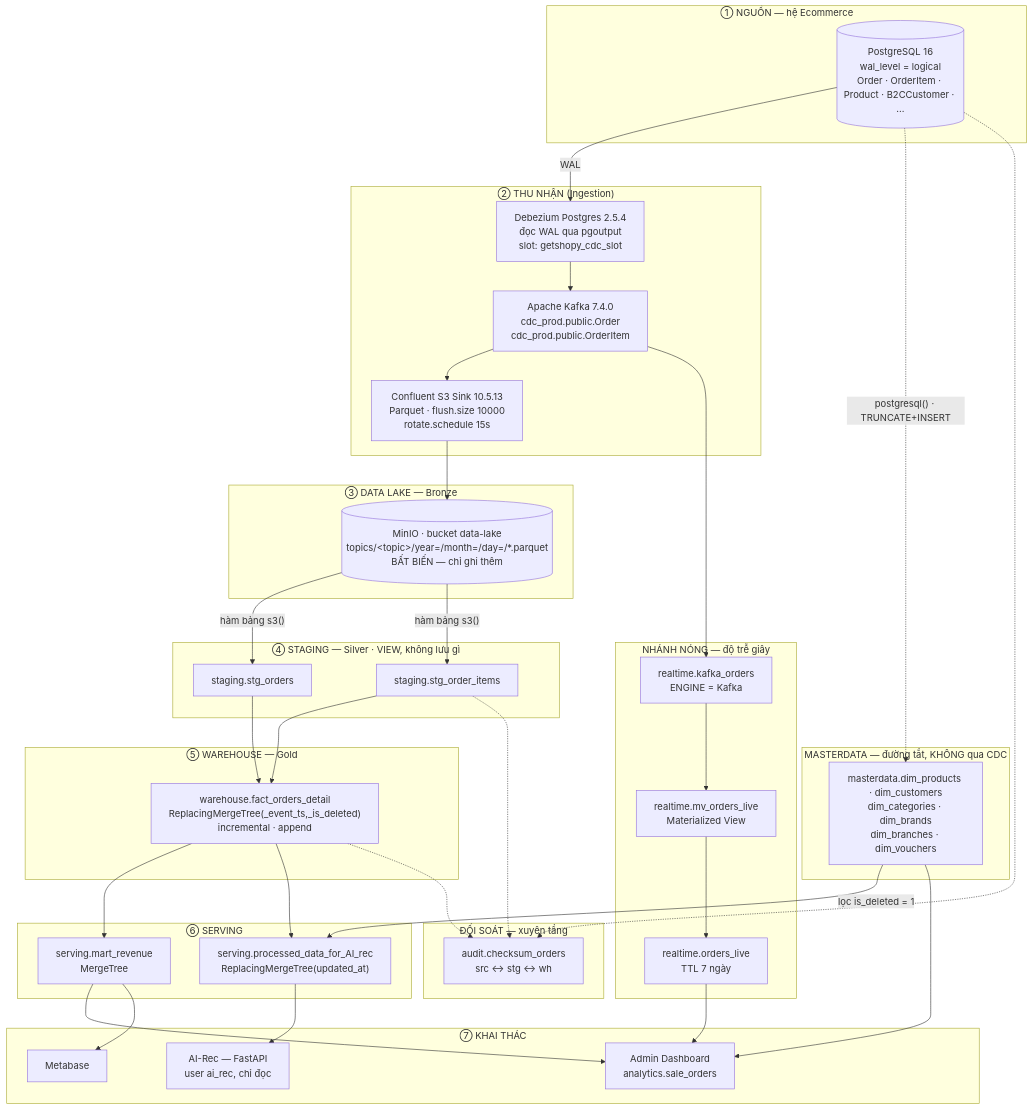
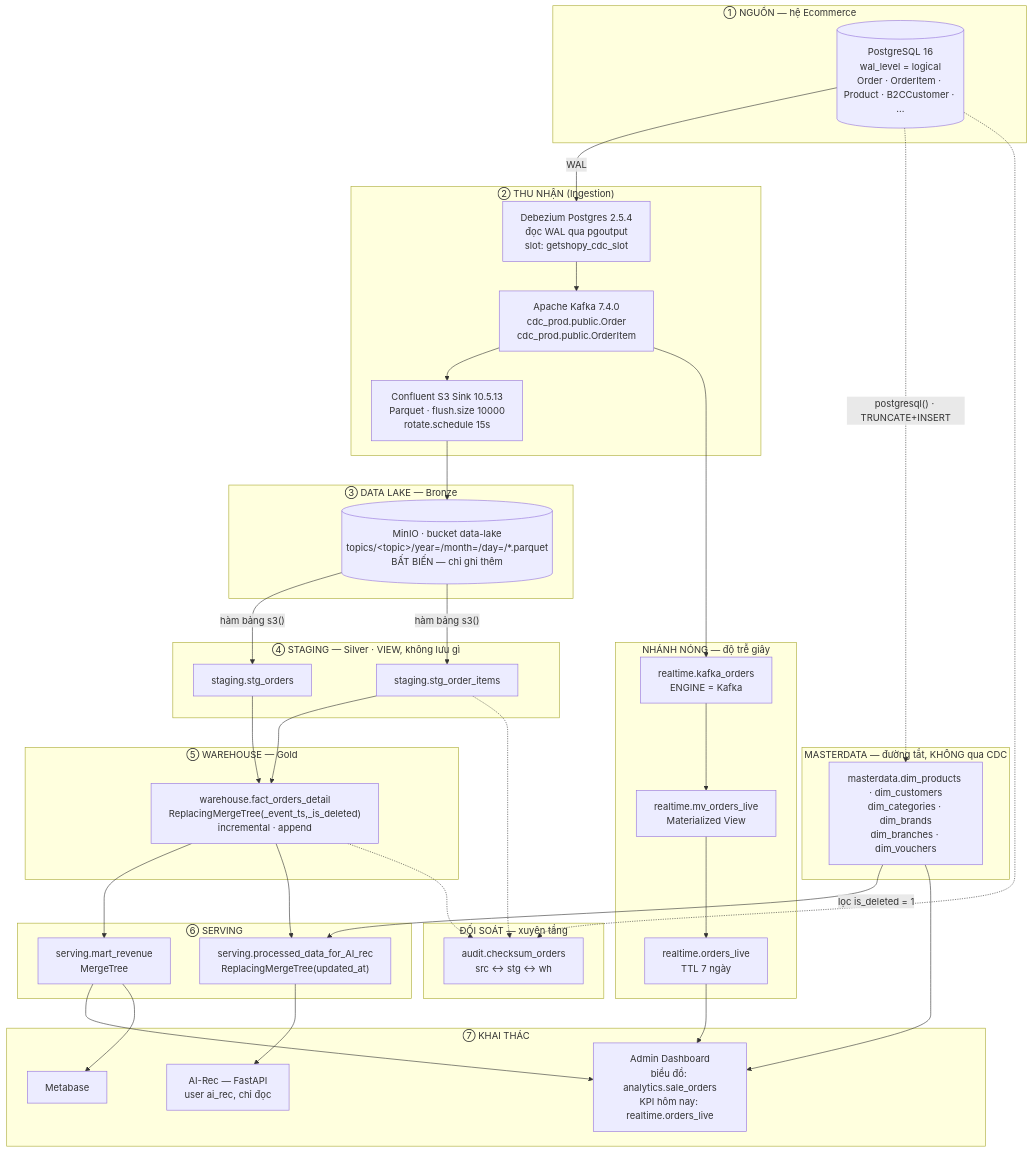
One commit to LeVanTrieuAn/ktln-Getshopy changed the first of 5 diagrams in local-infra-sandbox/docs/architecture.md. Above: the diagram before and after it, drawn with Mermaid. The commit also changed other lines of this file and 5 other files, not shown here.

````diff
--- a/local-infra-sandbox/docs/architecture.md
+++ b/local-infra-sandbox/docs/architecture.md
@@ -131,69 +131,69 @@
 ```mermaid
 flowchart TB
     subgraph SRC["① NGUỒN — hệ Ecommerce"]
         PG[("PostgreSQL 16<br/>wal_level = logical<br/>Order · OrderItem · Product · B2CCustomer · ...")]
     end
 
     subgraph ING["② THU NHẬN (Ingestion)"]
         DBZ["Debezium Postgres 2.5.4<br/>đọc WAL qua pgoutput<br/>slot: getshopy_cdc_slot"]
         KFK["Apache Kafka 7.4.0<br/>cdc_prod.public.Order<br/>cdc_prod.public.OrderItem"]
         SNK["Confluent S3 Sink 10.5.13<br/>Parquet · flush.size 10000<br/>rotate.schedule 15s"]
     end
 
     subgraph LAKE["③ DATA LAKE — Bronze"]
         MIO[("MinIO · bucket data-lake<br/>topics/&lt;topic&gt;/year=/month=/day=/*.parquet<br/>BẤT BIẾN — chỉ ghi thêm")]
     end
 
     subgraph STG["④ STAGING — Silver · VIEW, không lưu gì"]
         V1["staging.stg_orders"]
         V2["staging.stg_order_items"]
     end
 
     subgraph WHS["⑤ WAREHOUSE — Gold"]
         FCT["warehouse.fact_orders_detail<br/>ReplacingMergeTree(_event_ts,_is_deleted)<br/>incremental · append"]
     end
 
     subgraph SRV["⑥ SERVING"]
         MRT["serving.mart_revenue<br/>MergeTree"]
         AIT["serving.processed_data_for_AI_rec<br/>ReplacingMergeTree(updated_at)"]
     end
 
     subgraph MDT["MASTERDATA — đường tắt, KHÔNG qua CDC"]
         DIM["masterdata.dim_products · dim_customers<br/>dim_categories · dim_brands<br/>dim_branches · dim_vouchers"]
     end
 
     subgraph HOT["NHÁNH NÓNG — độ trễ giây"]
         KEN["realtime.kafka_orders<br/>ENGINE = Kafka"]
         MVW["realtime.mv_orders_live<br/>Materialized View"]
         OLV["realtime.orders_live<br/>TTL 7 ngày"]
     end
 
     subgraph CSM["⑦ KHAI THÁC"]
-        ADM["Admin Dashboard<br/>analytics.sale_orders"]
+        ADM["Admin Dashboard<br/>biểu đồ: analytics.sale_orders<br/>KPI hôm nay: realtime.orders_live"]
         AIR["AI-Rec — FastAPI<br/>user ai_rec, chỉ đọc"]
         MTB["Metabase"]
     end
 
     subgraph AUD["ĐỐI SOÁT — xuyên tầng"]
         CHK["audit.checksum_orders<br/>src ↔ stg ↔ wh"]
     end
 
     PG -->|WAL| DBZ --> KFK --> SNK --> MIO
     MIO -->|"hàm bảng s3()"| V1
     MIO -->|"hàm bảng s3()"| V2
     V1 --> FCT
     V2 --> FCT
     FCT --> MRT
     FCT --> AIT
     DIM -->|"lọc is_deleted = 1"| AIT
     PG -.->|"postgresql() · TRUNCATE+INSERT"| DIM
     KFK --> KEN --> MVW --> OLV
     MRT --> ADM
     OLV --> ADM
     DIM --> ADM
     AIT --> AIR
     MRT --> MTB
     PG -.-> CHK
     V2 -.-> CHK
     FCT -.-> CHK
 ```
````
